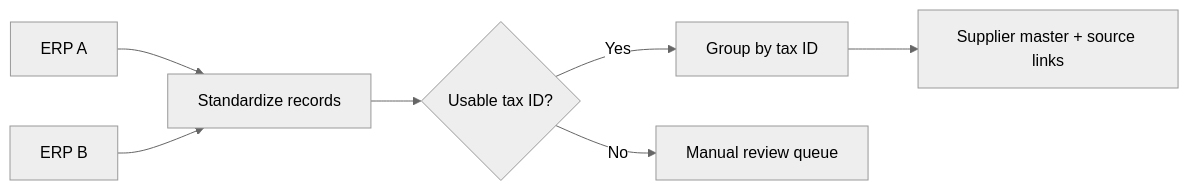
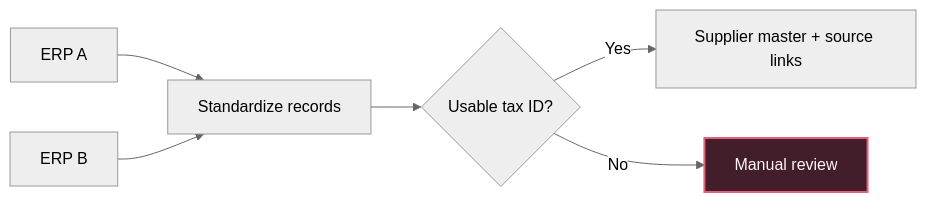
The diagram in README.md (VivianLaFarina/VivianLaFarina), drawn with Mermaid (neutral theme) before and after one commit. The commit also changed other lines of this file, not shown here.

````diff
--- a/README.md
+++ b/README.md
@@ -30,9 +25,10 @@
 ```mermaid
 flowchart LR
     A["ERP A"] --> C["Standardize records"]
     B["ERP B"] --> C
     C --> D{"Usable tax ID?"}
-    D -->|Yes| E["Group by tax ID"]
-    E --> F["Supplier master + source links"]
-    D -->|No| G["Manual review queue"]
+    D -->|Yes| M["Supplier master + source links"]
+    D -->|No| R["Manual review"]
+    classDef review fill:#421D2A,stroke:#E16379,color:#FFF4F6,stroke-width:2px
+    class R review
 ```
````
